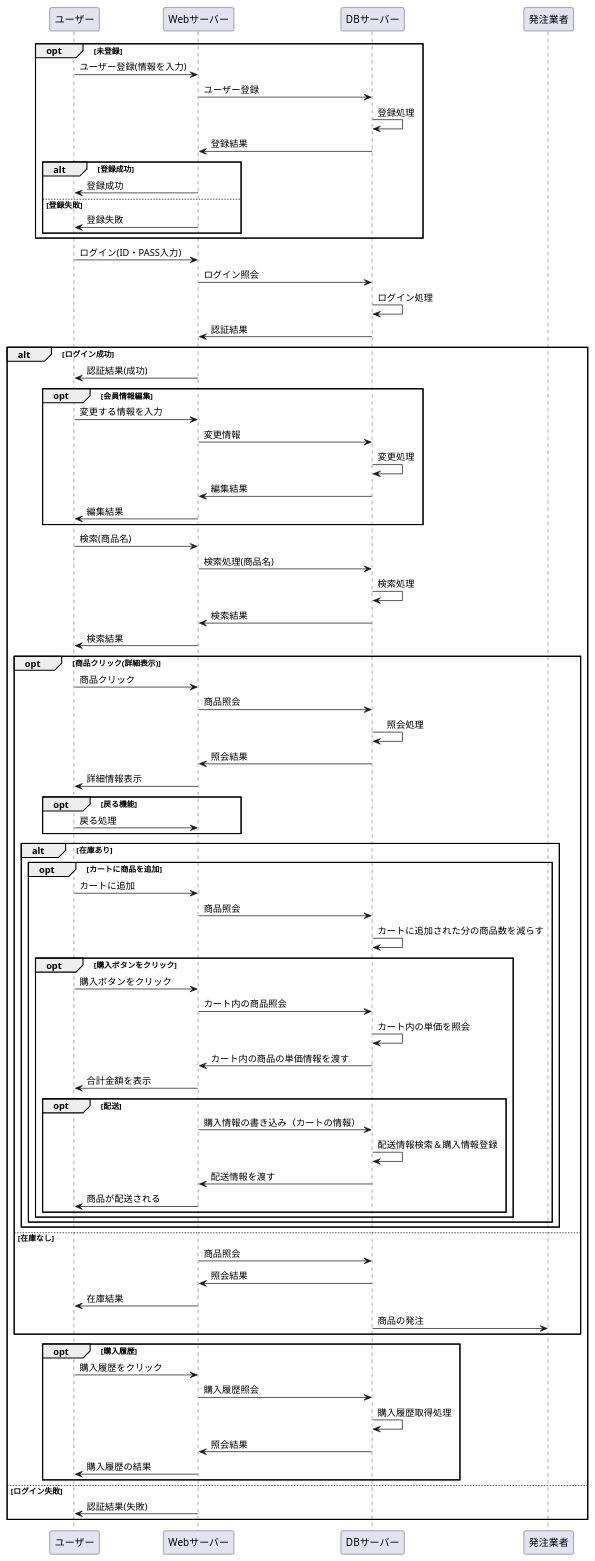
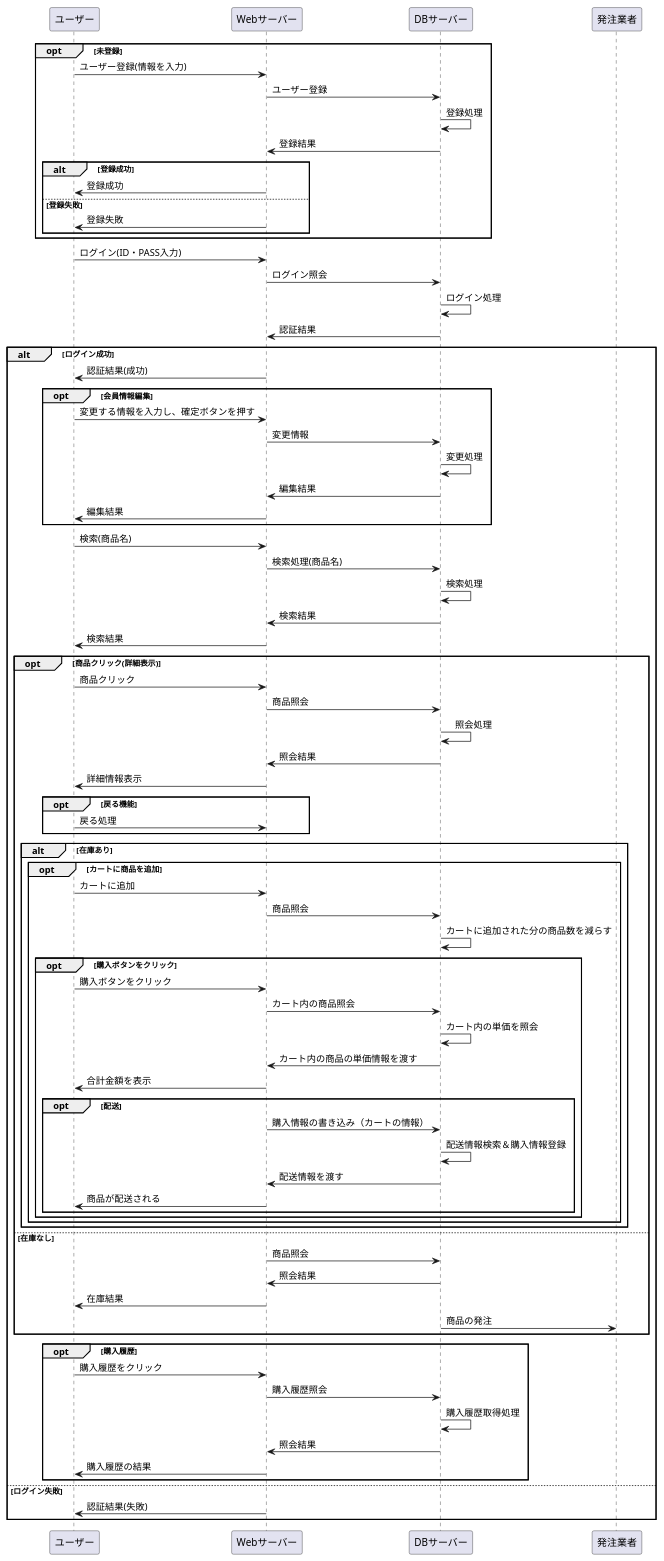
Before and after one commit to Aso2001227/Aso-Sports-1: the diagram in 設計書/02_業務フロー/business-flow-test.md, drawn with PlantUML.

```diff
--- a/設計書/02_業務フロー/business-flow-test.md
+++ b/設計書/02_業務フロー/business-flow-test.md
@@ -28,7 +28,7 @@
 alt ログイン成功
 Webサーバー -> ユーザー : 認証結果(成功)
 opt 会員情報編集
-ユーザー -> Webサーバー : 変更する情報を入力
+ユーザー -> Webサーバー : 変更する情報を入力し、確定ボタンを押す
 Webサーバー -> DBサーバー :変更情報
 DBサーバー -> DBサーバー : 変更処理
 DBサーバー -> Webサーバー : 編集結果
```
